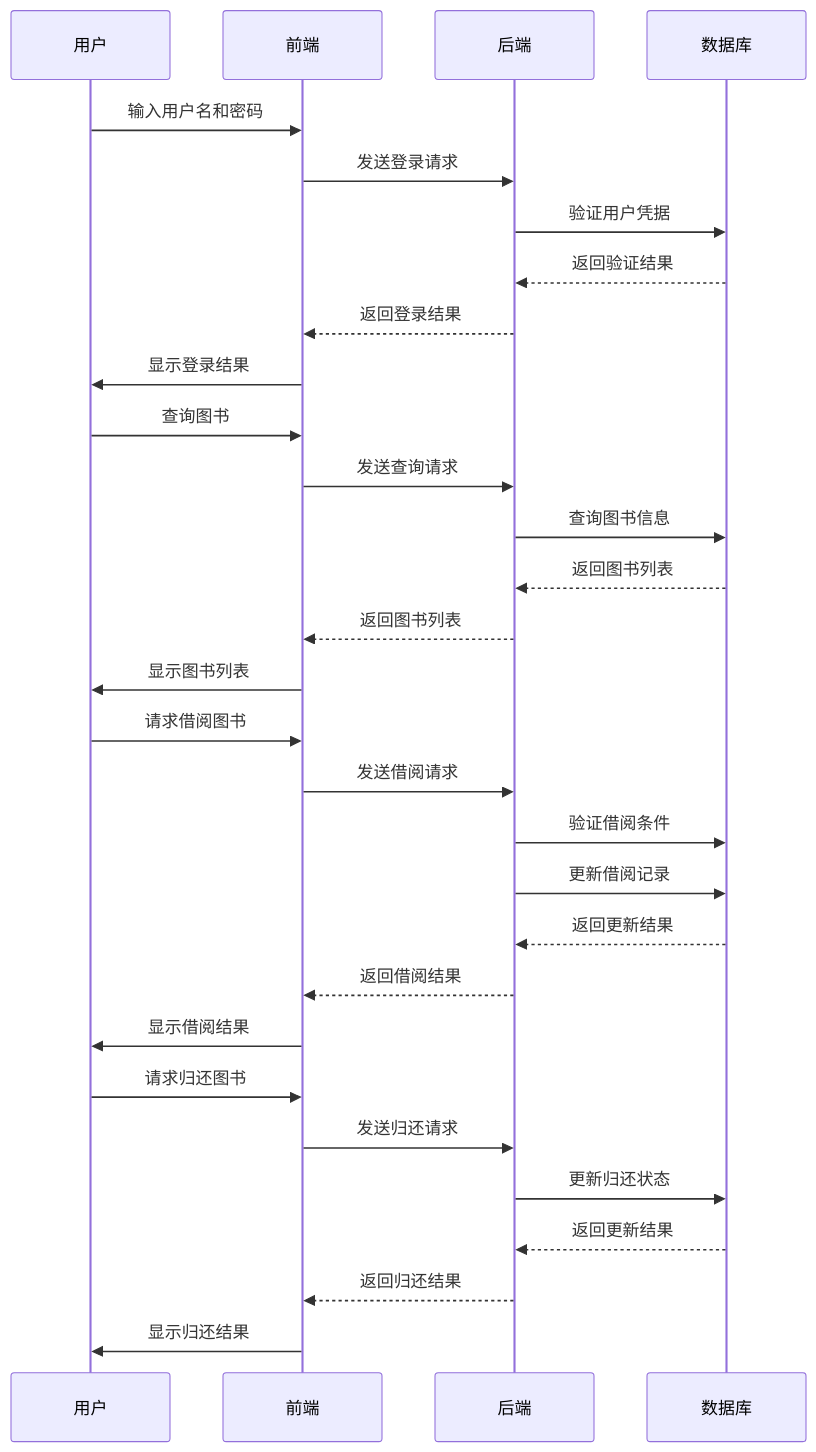
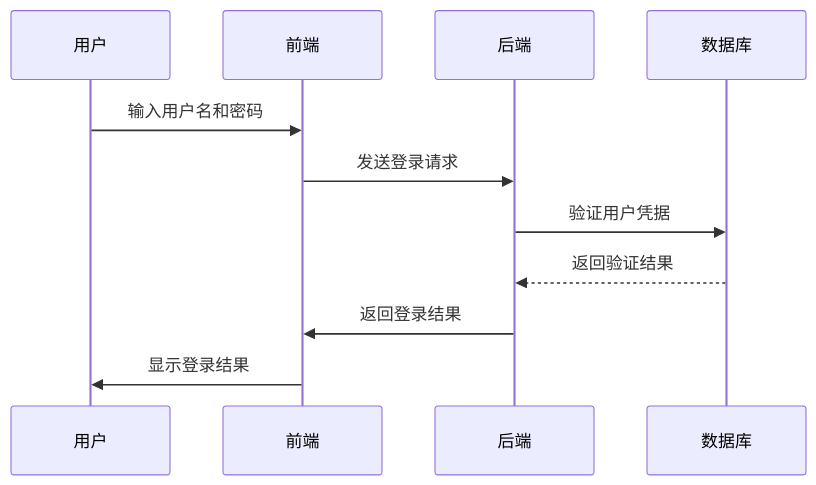
Before and after one commit to qianlong520/iodraw-files: the diagram in all/未命名-3.md, drawn with Mermaid.

Commit message:
2024-11-04 14:00:03 update

````diff
--- a/all/未命名-3.md
+++ b/all/未命名-3.md
@@ -1,36 +1,14 @@
 ```mermaid
 sequenceDiagram
-  participant 用户
-  participant 前端
-  participant 后端
-  participant 数据库
+    participant 用户
+    participant 前端
+    participant 后端
+    participant 数据库
 
-  用户->>前端: 输入用户名和密码
-  前端->>后端: 发送登录请求
-  后端->>数据库: 验证用户凭据
-  数据库-->>后端: 返回验证结果
-  后端-->>前端: 返回登录结果
-  前端->>用户: 显示登录结果
-
-  用户->>前端: 查询图书
-  前端->>后端: 发送查询请求
-  后端->>数据库: 查询图书信息
-  数据库-->>后端: 返回图书列表
-  后端-->>前端: 返回图书列表
-  前端->>用户: 显示图书列表
-
-  用户->>前端: 请求借阅图书
-  前端->>后端: 发送借阅请求
-  后端->>数据库: 验证借阅条件
-  后端->>数据库: 更新借阅记录
-  数据库-->>后端: 返回更新结果
-  后端-->>前端: 返回借阅结果
-  前端->>用户: 显示借阅结果
-
-  用户->>前端: 请求归还图书
-  前端->>后端: 发送归还请求
-  后端->>数据库: 更新归还状态
-  数据库-->>后端: 返回更新结果
-  后端-->>前端: 返回归还结果
-  前端->>用户: 显示归还结果
+    用户->>前端: 输入用户名和密码
+    前端->>后端: 发送登录请求
+    后端->>数据库: 验证用户凭据
+    数据库-->>后端: 返回验证结果
+    后端->>前端: 返回登录结果
+    前端->>用户: 显示登录结果
 ```
````
